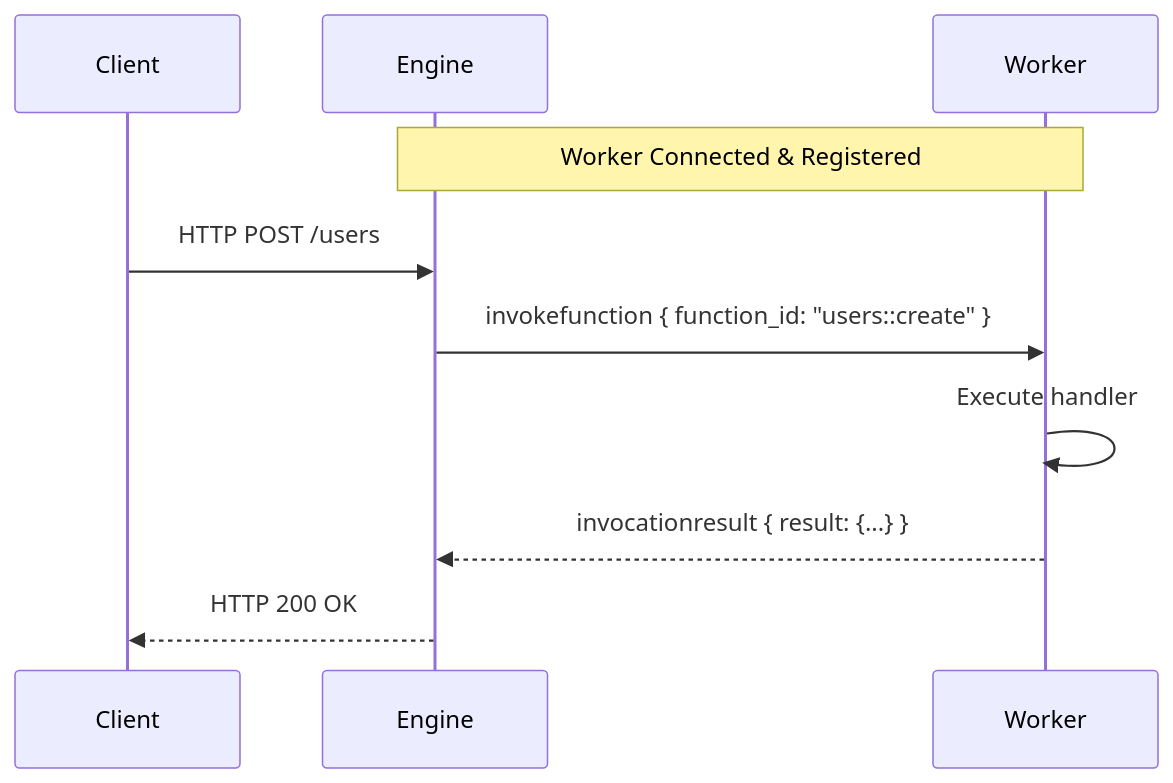
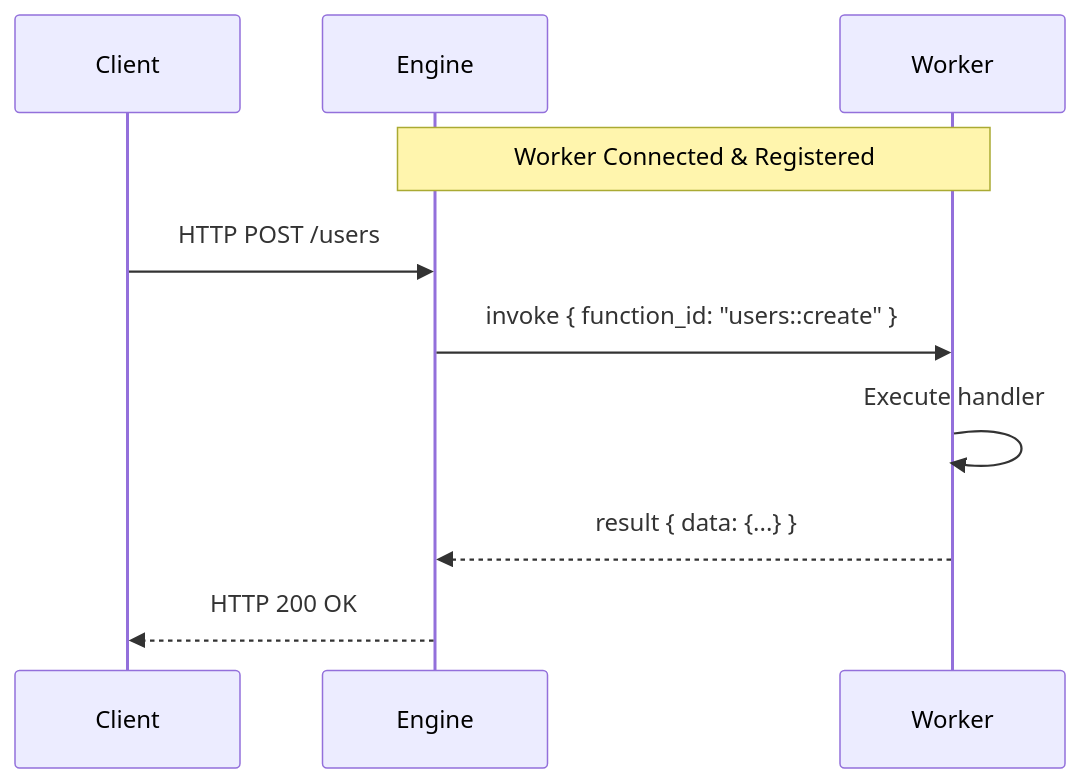
The second of 3 diagrams in content/workers.mdx (iii-hq/docs), drawn with Mermaid before and after one commit. The commit also changed other lines of this file and 91 other files, not shown here.

````diff
--- a/content/workers.mdx
+++ b/content/workers.mdx
@@ -73,14 +73,14 @@
 ```mermaid
 sequenceDiagram
     participant C as Client
     participant E as Engine
     participant W as Worker
 
     Note over W,E: Worker Connected & Registered
 
     C->>E: HTTP POST /users
-    E->>W: invokefunction { function_id: "users::create" }
+    E->>W: invoke { function_id: "users::create" }
     W->>W: Execute handler
-    W-->>E: invocationresult { result: {...} }
+    W-->>E: result { data: {...} }
     E-->>C: HTTP 200 OK
 ```
````
